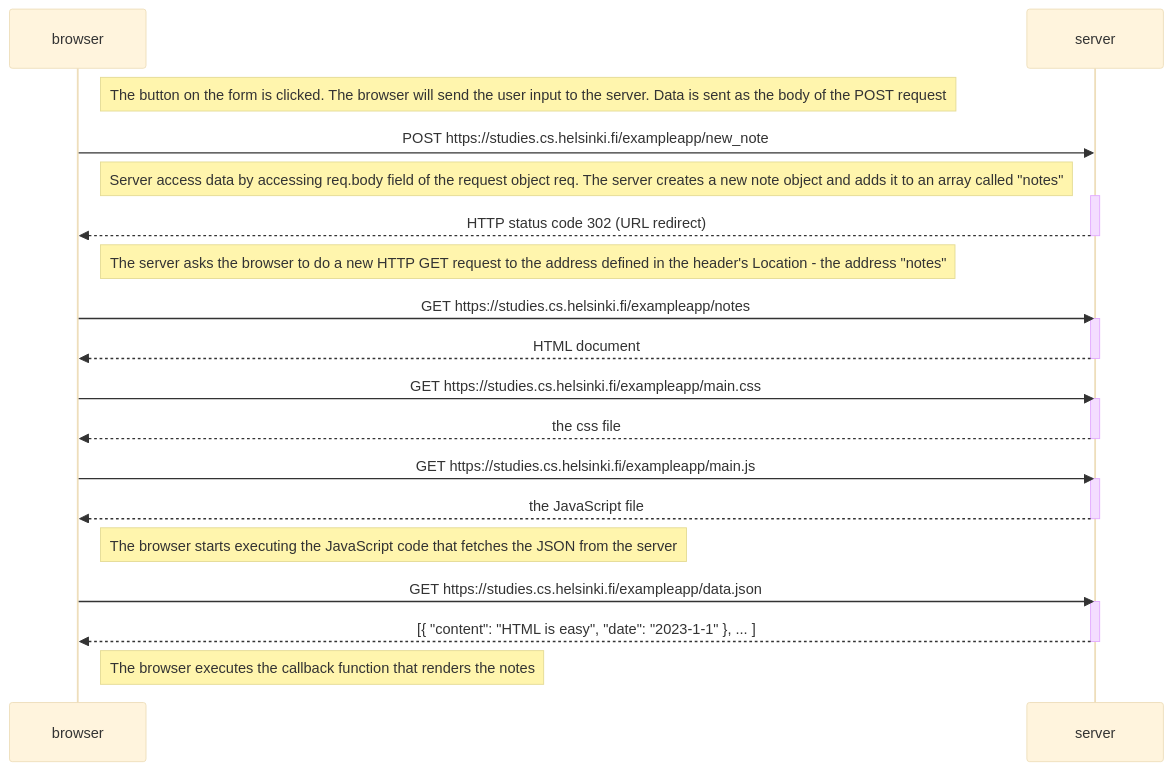
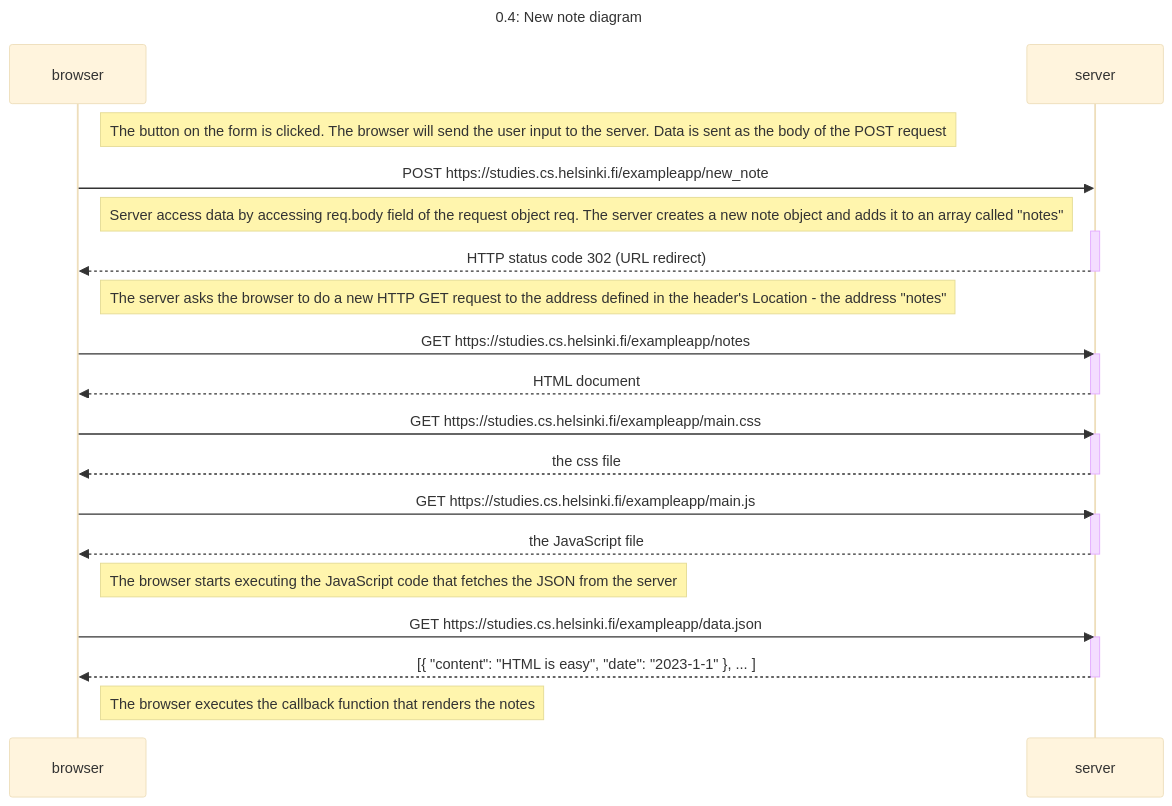
One commit to fercodes/test changed the diagram in 04.md. Above: the diagram before and after it, drawn with Mermaid (base theme). The commit also changed 2 other files, not shown here.

Commit message:
Update all

````diff
--- a/04.md
+++ b/04.md
@@ -1,41 +1,42 @@
 ```mermaid
 
 sequenceDiagram
+    title 0.4: New note diagram
     participant browser
     participant server
 
     Note right of browser: The button on the form is clicked. The browser will send the user input to the server. Data is sent as the body of the POST request
     
     browser->>server: POST https://studies.cs.helsinki.fi/exampleapp/new_note
     Note right of browser: Server access data by accessing req.body field of the request object req. The server creates a new note object and adds it to an array called "notes"
     activate server
     server-->>browser: HTTP status code 302 (URL redirect)
     deactivate server
 
     Note right of browser: The server asks the browser to do a new HTTP GET request to the address defined in the header's Location - the address "notes"
 
     browser->>server: GET https://studies.cs.helsinki.fi/exampleapp/notes
     activate server
     server-->>browser: HTML document
     deactivate server
 
     browser->>server: GET https://studies.cs.helsinki.fi/exampleapp/main.css
     activate server
     server-->>browser: the css file
     deactivate server
 
     browser->>server: GET https://studies.cs.helsinki.fi/exampleapp/main.js
     activate server
     server-->>browser: the JavaScript file
     deactivate server
 
     Note right of browser: The browser starts executing the JavaScript code that fetches the JSON from the server
 
     browser->>server: GET https://studies.cs.helsinki.fi/exampleapp/data.json
     activate server
     server-->>browser: [{ "content": "HTML is easy", "date": "2023-1-1" }, ... ]
     deactivate server
 
     Note right of browser: The browser executes the callback function that renders the notes
 
 ```
````
